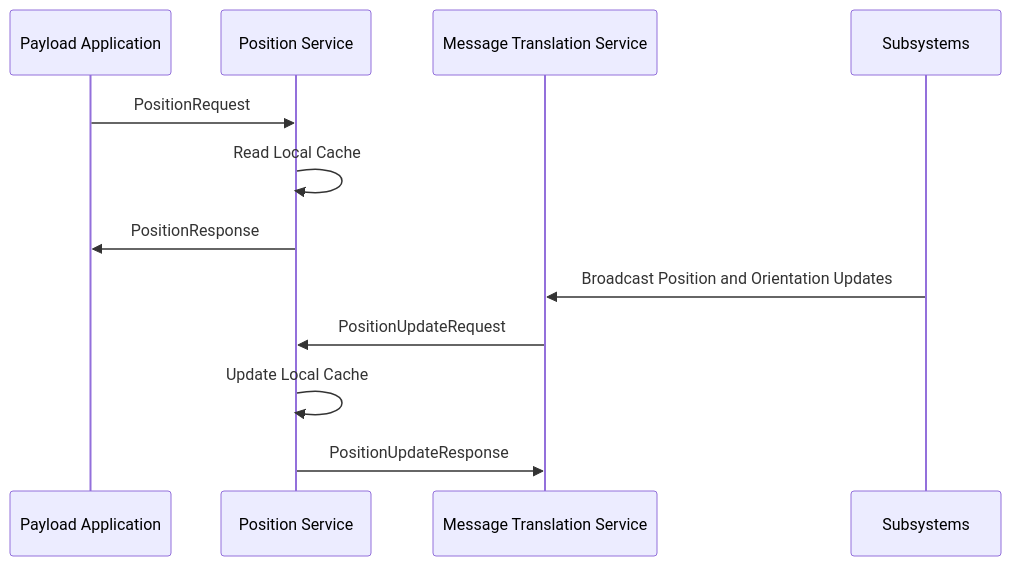
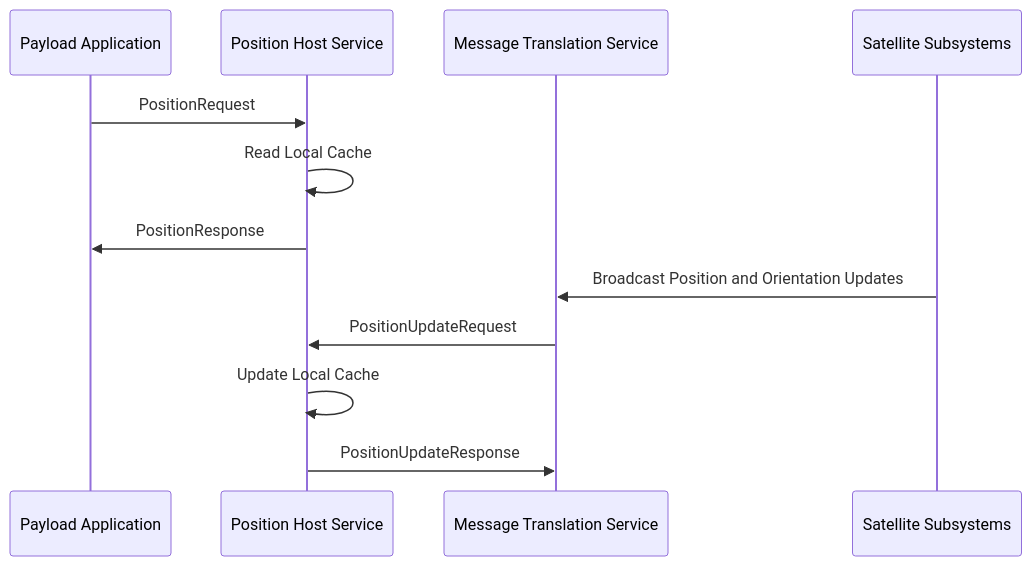
Before and after one commit to microsoft/azure-orbital-space-sdk: the diagram in docs/architecture/runtime-framework/host-services/position.md, drawn with Mermaid. The commit also changed other lines of this file, not shown here.

Commit message:
updates position documentation

````diff
--- a/docs/architecture/runtime-framework/host-services/position.md
+++ b/docs/architecture/runtime-framework/host-services/position.md
@@ -31,16 +33,16 @@
 ```mermaid
 sequenceDiagram
     participant PA as Payload Application
-    participant PS as Position Service
+    participant PS as Position Host Service
     participant MTS as Message Translation Service
-    participant SS as Subsystems
+    participant SS as Satellite Subsystems
 
     PA->>PS: PositionRequest
     PS->>PS: Read Local Cache
     PS->>PA: PositionResponse
 
     SS->>MTS: Broadcast Position and Orientation Updates
     MTS->>PS: PositionUpdateRequest
     PS->>PS: Update Local Cache
     PS->>MTS: PositionUpdateResponse
 ```
````
